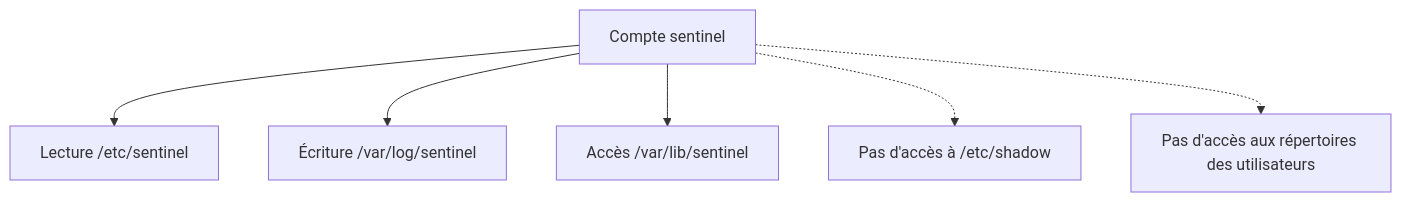
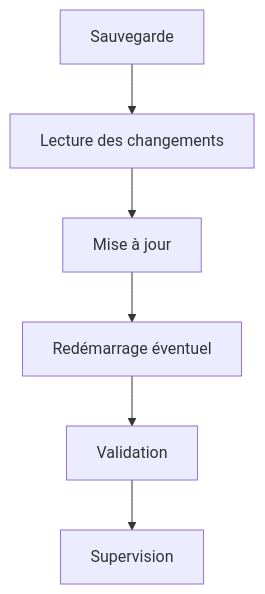
One commit to tdelaclos/formations changed diagram 17 of 20 in campagne 1/1.5.md. Above: the diagram before and after it, drawn with Mermaid. The commit also changed other lines of this file, not shown here.

````diff
--- a/campagne 1/1.5.md
+++ b/campagne 1/1.5.md
@@ -1094,15 +1061,21 @@
 ```mermaid
 flowchart TD
 
-A["Compte sentinel"]
+A["Sauvegarde"]
 
-A --> B["Lecture /etc/sentinel"]
+B["Lecture des changements"]
 
-A --> C["Écriture /var/log/sentinel"]
+C["Mise à jour"]
 
-A --> D["Accès /var/lib/sentinel"]
+D["Redémarrage éventuel"]
 
-A -.-> E["Pas d'accès à /etc/shadow"]
+E["Validation"]
 
-A -.-> F["Pas d'accès aux répertoires des utilisateurs"]
+F["Supervision"]
+
+A --> B
+B --> C
+C --> D
+D --> E
+E --> F
 ```
````
